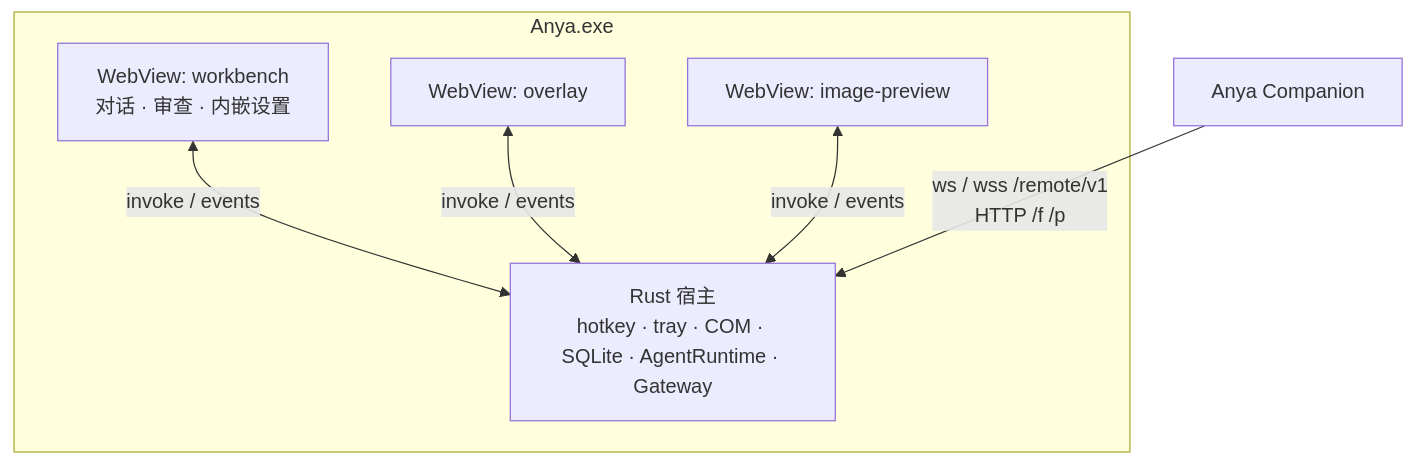
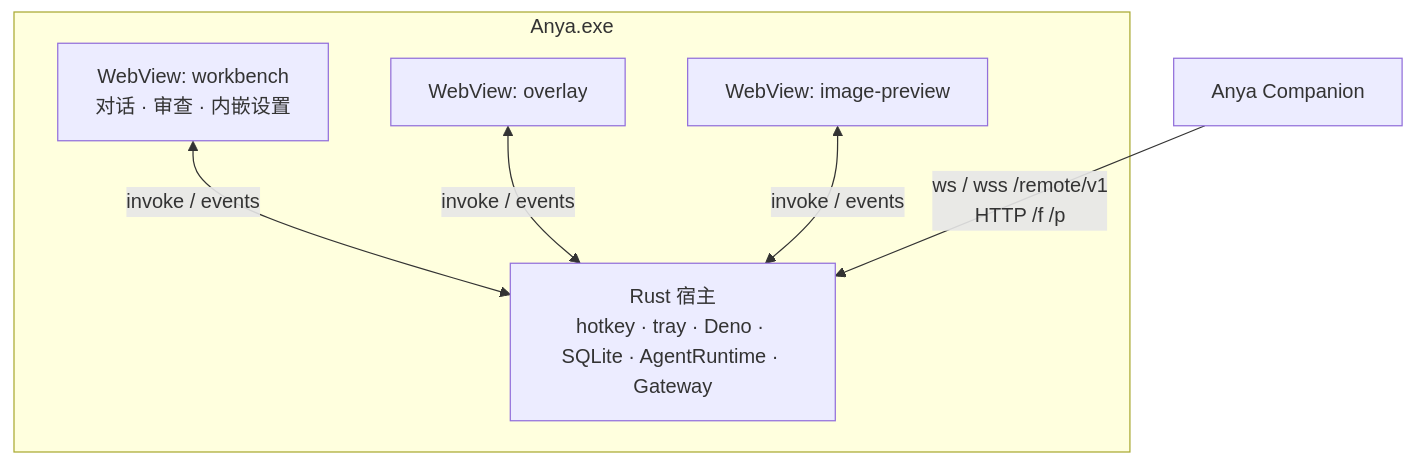
One commit to rururunu/Anya changed the third of 20 diagrams in docs/architecture-overview.zh-CN.md. Above: the diagram before and after it, drawn with Mermaid. The commit also changed other lines of this file and 205 other files, not shown here.

````diff
--- a/docs/architecture-overview.zh-CN.md
+++ b/docs/architecture-overview.zh-CN.md
@@ -161,16 +161,16 @@
 ```mermaid
 flowchart TB
   subgraph Process["Anya.exe"]
-    Rust["Rust 宿主<br/>hotkey · tray · COM · SQLite · AgentRuntime · Gateway"]
+    Rust["Rust 宿主<br/>hotkey · tray · Deno · SQLite · AgentRuntime · Gateway"]
     WV1["WebView: workbench<br/>对话 · 审查 · 内嵌设置"]
     WV2["WebView: overlay"]
     WV4["WebView: image-preview"]
   end
 
   Phone[Anya Companion]
 
   WV1 <-->|invoke / events| Rust
   WV2 <-->|invoke / events| Rust
   WV4 <-->|invoke / events| Rust
   Phone -->|ws / wss /remote/v1<br/>HTTP /f /p| Rust
 ```
````
